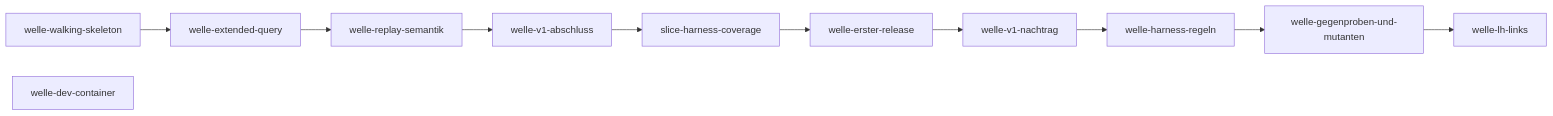
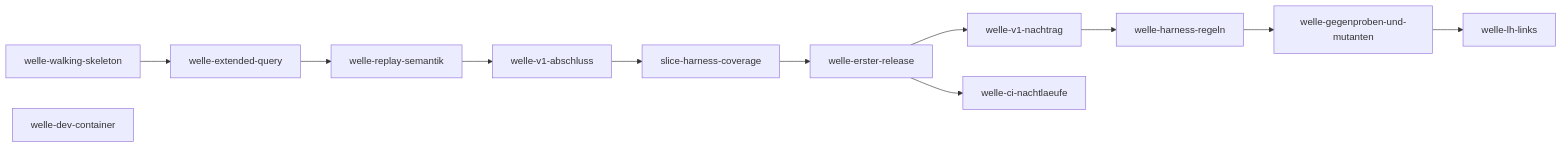
One commit to pt9912/pgwire-recorder changed the diagram in docs/plan/planning/in-progress/roadmap.md. Above: the diagram before and after it, drawn with Mermaid. The commit also changed other lines of this file, not shown here.

Commit message:
welle-ci-nachtlaeufe, welle-erster-release: Roadmap (Offene Wellen, Abhaengigkeitsgraph W11, Drift-Log Umplanung vom 2026-10-18)

````diff
--- a/docs/plan/planning/in-progress/roadmap.md
+++ b/docs/plan/planning/in-progress/roadmap.md
@@ -58,23 +59,25 @@
 ```mermaid
 flowchart LR
     W1[welle-walking-skeleton]
     W2[welle-extended-query]
     W3[welle-replay-semantik]
     W4[welle-v1-abschluss]
     W5[welle-erster-release]
     W6[welle-v1-nachtrag]
     W7[welle-dev-container]
     W8[welle-gegenproben-und-mutanten]
     W9[welle-harness-regeln]
     W10[welle-lh-links]
+    W11[welle-ci-nachtlaeufe]
 
     W1 --> W2
     W2 --> W3
     W3 --> W4
     W4 --> C[slice-harness-coverage]
     C --> W5
     W5 --> W6
+    W5 --> W11
     W6 --> W9
     W9 --> W8
     W8 --> W10
 ```
````
